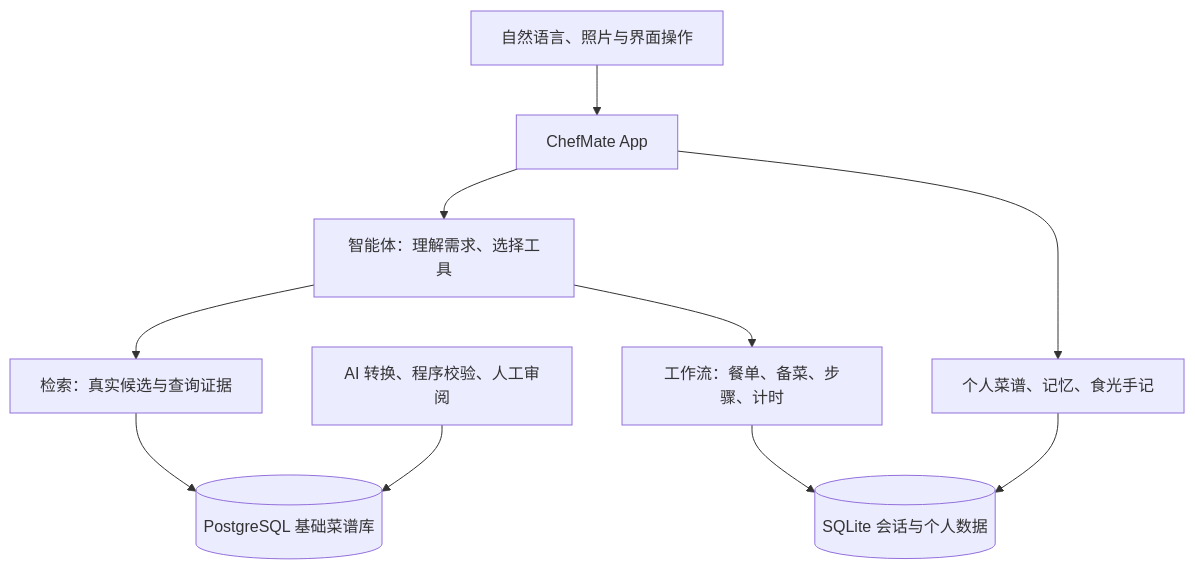
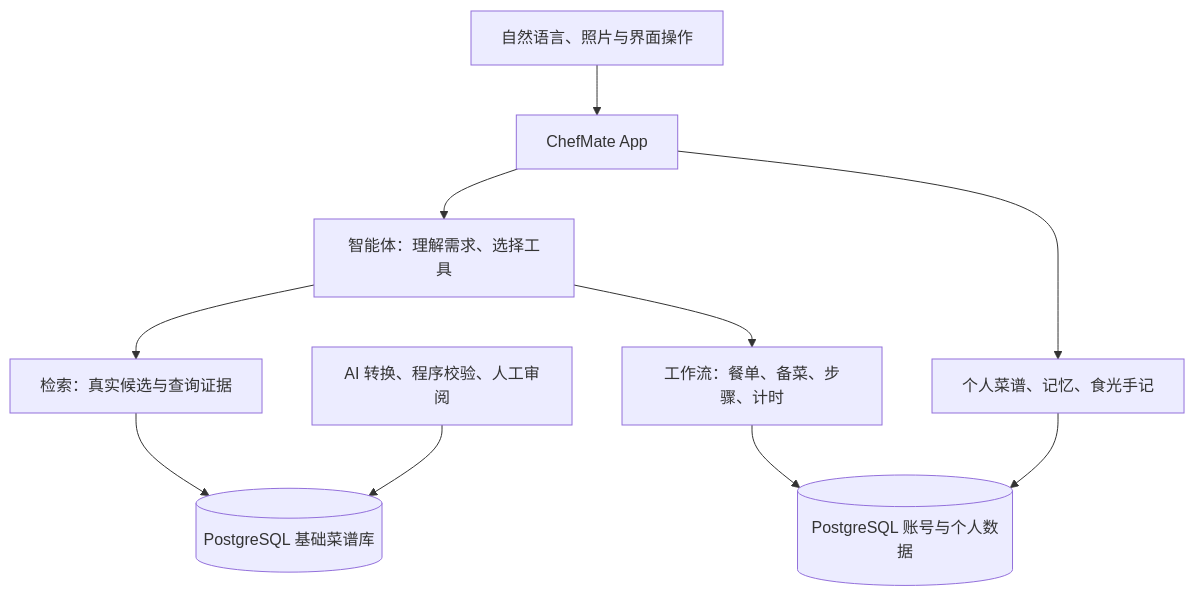
One commit to LangYiSheng/ChefMate-Next changed the diagram in README.md. Above: the diagram before and after it, drawn with Mermaid. The commit also changed other lines of this file and 48 other files, not shown here.

Commit message:
feat: ship Docker PostgreSQL deployment with bundled recipe catalog

````diff
--- a/README.md
+++ b/README.md
@@ -66,12 +77,12 @@
 ```mermaid
 flowchart TD
     User[自然语言、照片与界面操作] --> App[ChefMate App]
     App --> Agent[智能体：理解需求、选择工具]
     Agent --> Retrieval[检索：真实候选与查询证据]
     Agent --> Workflow[工作流：餐单、备菜、步骤、计时]
     App --> Personal[个人菜谱、记忆、食光手记]
     Retrieval --> Catalog[(PostgreSQL 基础菜谱库)]
-    Workflow --> Local[(SQLite 会话与个人数据)]
+    Workflow --> Local[(PostgreSQL 账号与个人数据)]
     Personal --> Local
     Cleaning[AI 转换、程序校验、人工审阅] --> Catalog
 ```
````
